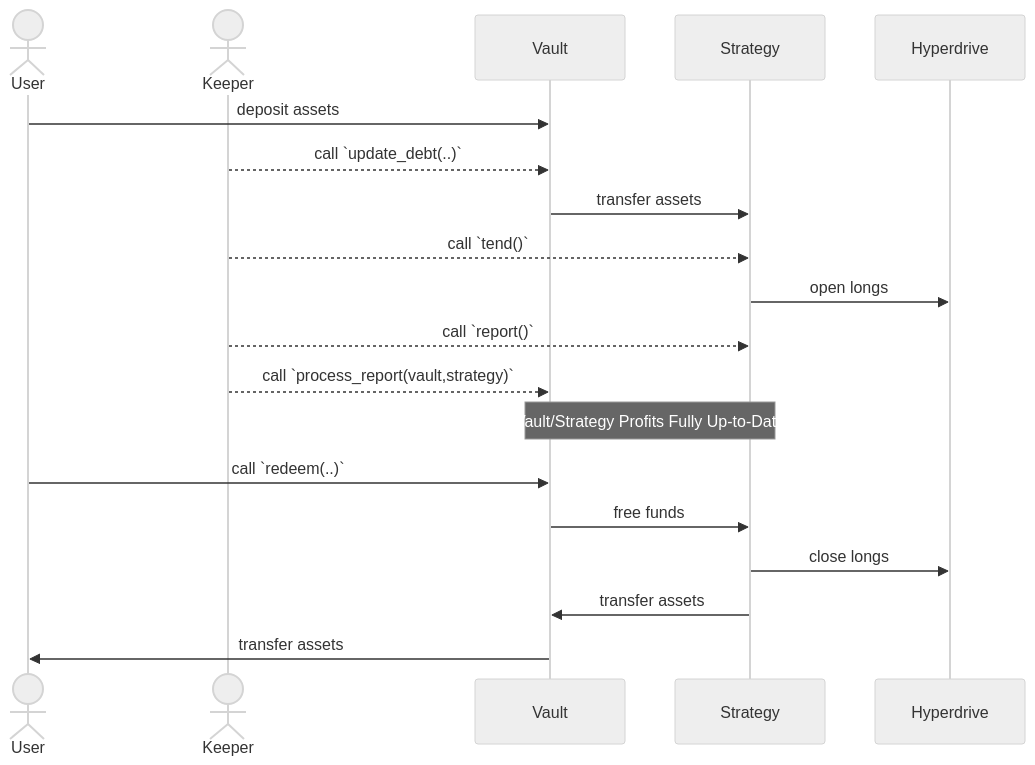
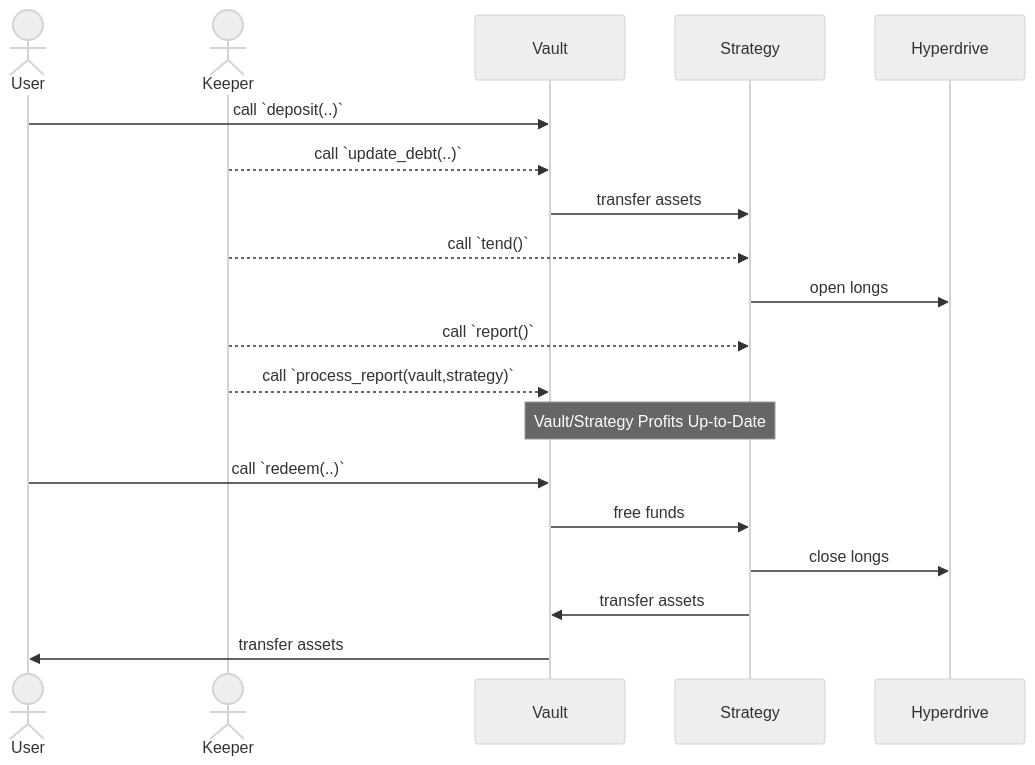
One commit to delvtech/everlong changed the diagram in README.md. Above: the diagram before and after it, drawn with Mermaid (neutral theme). The commit also changed other lines of this file, not shown here.

````diff
--- a/README.md
+++ b/README.md
@@ -45,21 +128,21 @@
 ```mermaid
 sequenceDiagram
     actor User
     actor Keeper
     participant Vault
     participant Strategy
     participant Hyperdrive
-    User->>Vault: deposit assets
+    User->>Vault: call `deposit(..)`
     Keeper-->>Vault: call `update_debt(..)`
     Vault->>Strategy: transfer assets
     Keeper-->>Strategy: call `tend()`
     Strategy->>Hyperdrive: open longs
     Keeper-->>Strategy: call `report()`
     Keeper-->>Vault: call `process_report(vault,strategy)`
-    Note over Vault,Strategy: Vault/Strategy Profits Fully Up-to-Date
+    Note over Vault,Strategy: Vault/Strategy Profits Up-to-Date
     User->>Vault: call `redeem(..)`
     Vault->>Strategy: free funds
     Strategy->>Hyperdrive: close longs
     Strategy->>Vault: transfer assets
     Vault->>User: transfer assets
 ```
````
